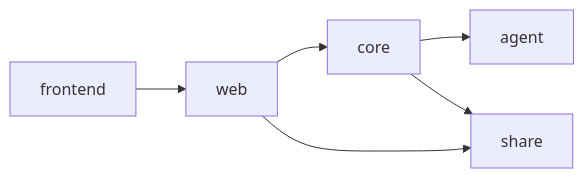
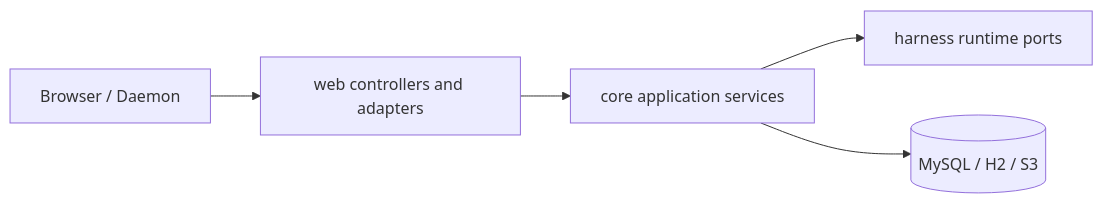
One commit to fengwk/kk-studio changed the diagram in docs/technical-solution/backend-implementation-design.md. Above: the diagram before and after it, drawn with Mermaid. The commit also changed other lines of this file and 11 other files, not shown here.

Commit message:
docs: align architecture with Harness runtime

````diff
--- a/docs/technical-solution/backend-implementation-design.md
+++ b/docs/technical-solution/backend-implementation-design.md
@@ -17,14 +7,11 @@
 ```mermaid
 flowchart LR
-    Frontend[frontend]
-    Web[web]
-    Core[core]
-    Agent[agent]
-    Share[share]
+    Client[Browser / Daemon]
+    Web[web controllers and adapters]
+    Core[core application services]
+    Runtime[harness runtime ports]
+    Store[(MySQL / H2 / S3)]
 
-    Frontend --> Web
-    Web --> Core
-    Web --> Share
-    Core --> Agent
-    Core --> Share
+    Client --> Web --> Core --> Runtime
+    Core --> Store
 ```
````
